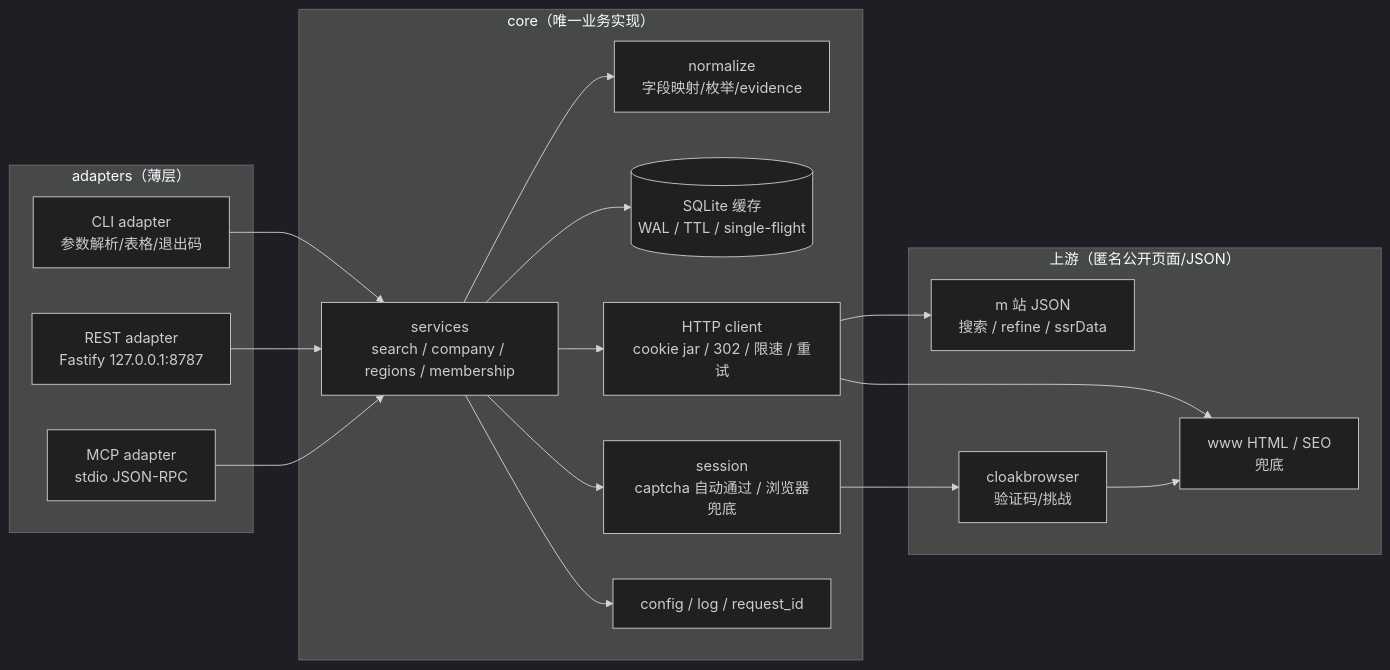
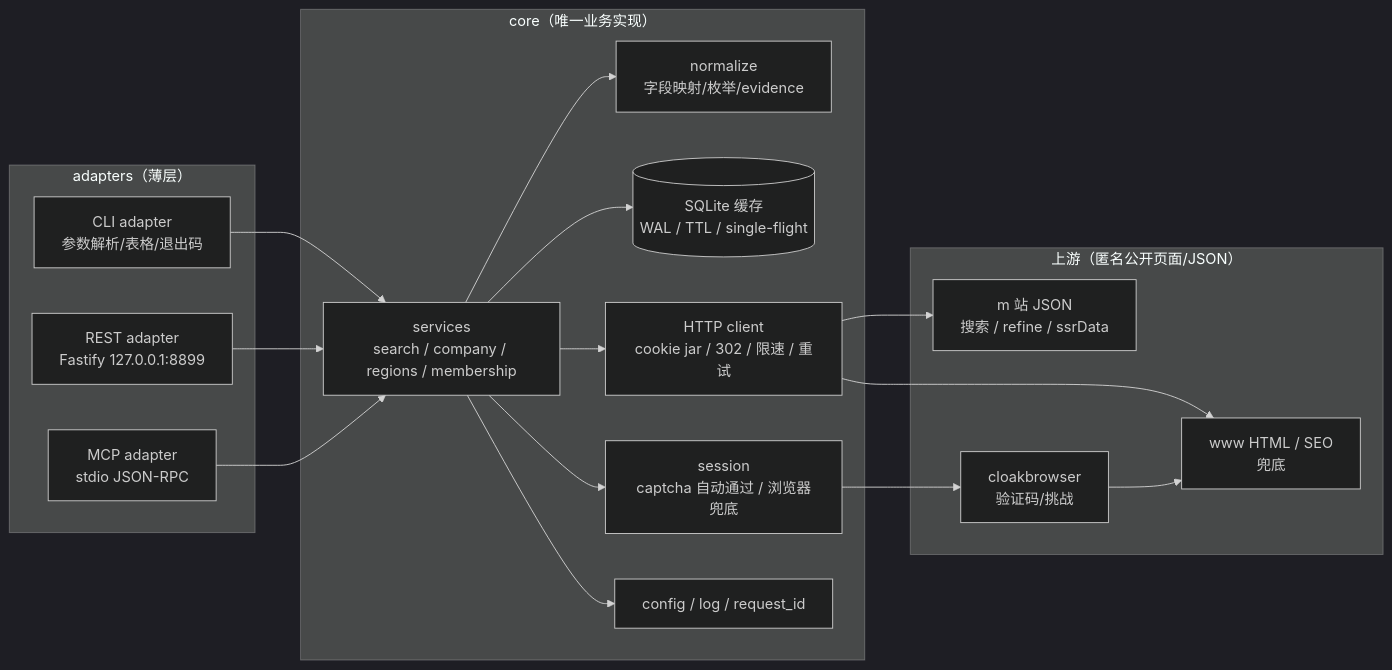
The third of 3 diagrams in docs/04-cli-mcp.md (CindyRIng/mic-client), drawn with Mermaid (dark theme) before and after one commit. The commit also changed other lines of this file and 19 other files, not shown here.

````diff
--- a/docs/04-cli-mcp.md
+++ b/docs/04-cli-mcp.md
@@ -2574,36 +2574,36 @@
 ```mermaid
 flowchart LR
   subgraph adapters["adapters（薄层）"]
     CLI["CLI adapter<br/>参数解析/表格/退出码"]
-    REST["REST adapter<br/>Fastify 127.0.0.1:8787"]
+    REST["REST adapter<br/>Fastify 127.0.0.1:8899"]
     MCP["MCP adapter<br/>stdio JSON-RPC"]
   end
 
   subgraph core["core（唯一业务实现）"]
     SVC["services<br/>search / company / regions / membership"]
     NORM["normalize<br/>字段映射/枚举/evidence"]
     CACHE[("SQLite 缓存<br/>WAL / TTL / single-flight")]
     HTTP["HTTP client<br/>cookie jar / 302 / 限速 / 重试"]
     SESS["session<br/>captcha 自动通过 / 浏览器兜底"]
     CFG["config / log / request_id"]
   end
 
   subgraph up["上游（匿名公开页面/JSON）"]
     JSONUP["m 站 JSON<br/>搜索 / refine / ssrData"]
     HTMLUP["www HTML / SEO<br/>兜底"]
     BROWSER["cloakbrowser<br/>验证码/挑战"]
   end
 
   CLI --> SVC
   REST --> SVC
   MCP --> SVC
   SVC --> NORM
   SVC --> CACHE
   SVC --> HTTP
   SVC --> CFG
   SVC --> SESS
   HTTP --> JSONUP
   HTTP --> HTMLUP
   SESS --> BROWSER
   BROWSER --> HTMLUP
 ```
````
